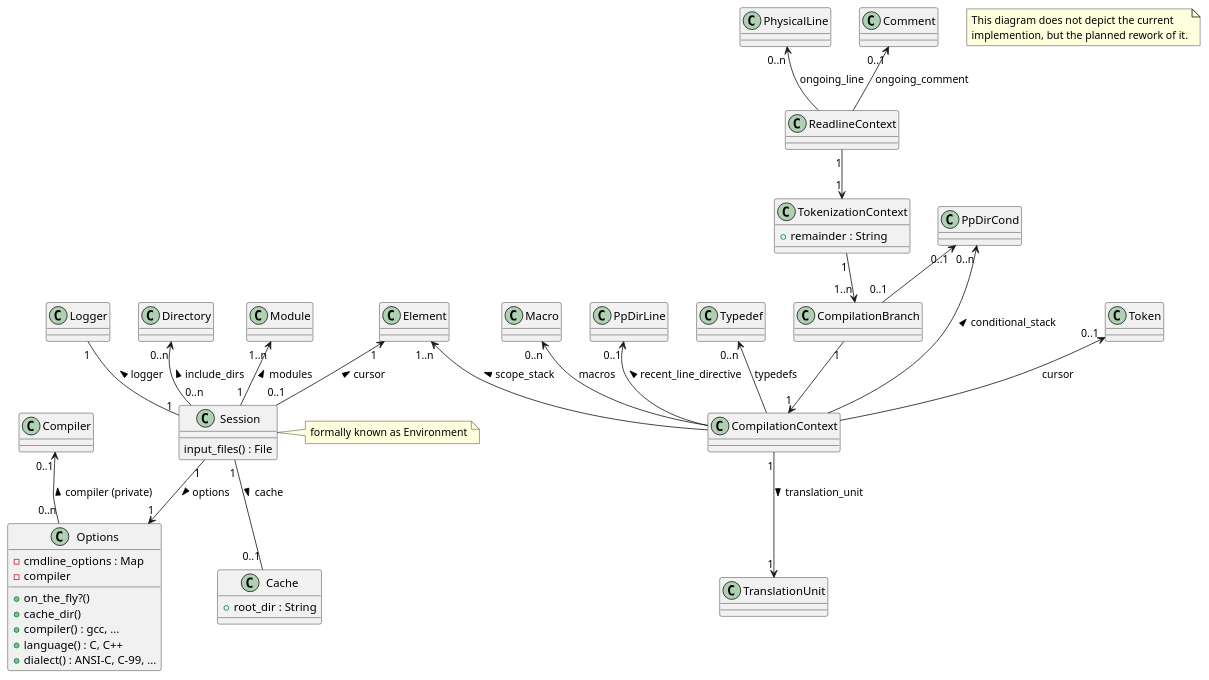
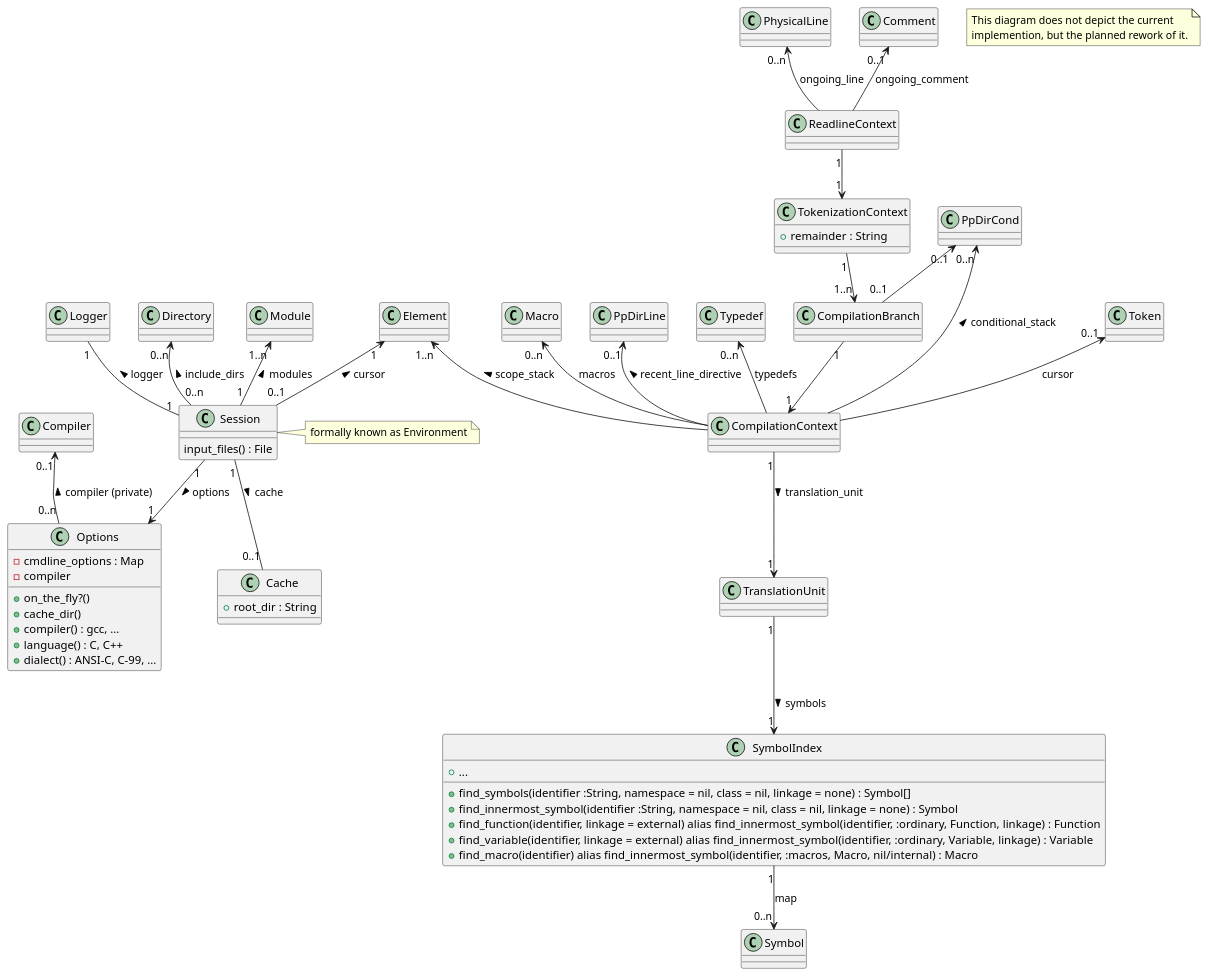
Before and after one commit to thilo-fischer/rocc: the diagram in design/operational.puml, drawn with PlantUML. The commit also changed 5 other files, not shown here.

```diff
--- a/design/operational.puml
+++ b/design/operational.puml
@@ -1,84 +1,94 @@
 @startuml
 
 ' Copyright (C) 2014-2015  Thilo Fischer.
 ' Free for non-commercial and most commercial use. See LICENSE.txt for details.
 
 note as N1
   This diagram does not depict the current
   implemention, but the planned rework of it.
 end note
 
 class Session {
   ' All the main_files of the translation units that make up the modules
   input_files() : File
 }
 note right: formally known as Environment
 Logger "1" -- "1" Session : logger <
 ' From the Elements UML diagram
 Element "1" <-- "0..1" Session : cursor <
 Directory "0..n" <-- "0..n" Session : include_dirs <
 Module "1..n" <-- "1" Session : modules <
 
 class Options {
   + on_the_fly?()
   ' path to the cache directory, Session will create its cache from this
   + cache_dir()
   ' emulate a certain compilers command line argument processing (and possibly other behaviour)
   + compiler() : gcc, ...
   + language() : C, C++
   + dialect() : ANSI-C, C-99, ...
   - cmdline_options : Map
   - compiler
 }
 Session "1" --> "1" Options : options >
 Compiler "0..1" <-- "0..n" Options : compiler (private) <
 
 class Cache {
   + root_dir : String
 }
 ' No cache only for on-the-fly invokations
 Session "1" -- "0..1" Cache : cache >
 
 
 class ReadlineContext {
 
 }
 PhysicalLine "0..n" <-- ReadlineContext : ongoing_line
 ' Refers to a comment if the comment's beginning has already been parsed, but the comment's ending has not yet been found (e.g. block comments that span several lines)
 Comment "0..1" <-- ReadlineContext : ongoing_comment
 
 ' FIXME necessary ?!
 class TokenizationContext {
 ' remaining charactres of current line to tokenize
 + remainder : String
 }
 
 ReadlineContext "1" --> "1" TokenizationContext
 class CompilationBranch {
 
 }
 TokenizationContext "1" --> "1..n" CompilationBranch
 PpDirCond "0..1" <-- "0..1" CompilationBranch
 class CompilationContext {
 
 }
 CompilationBranch "1" --> "1" CompilationContext
 
 ' most recently generated token, shold be 0 only at the very beginning of translation unit
 Token "0..1" <-- CompilationContext : cursor
 
 ' map from macro identifiers to their definitions
 Macro "0..n" <-- CompilationContext : macros
 ' array of all preprocessing conditional branches chosen
 PpDirCond "0..n" <-- CompilationContext : conditional_stack <
 ' most recent preprocessor line directive
 PpDirLine "0..1" <-- CompilationContext : recent_line_directive <
 
 CompilationContext "1" --> "1" TranslationUnit : translation_unit >
 ' Which namespace, class, function, compound statement, etc. are we in at the current position in source code (formally known as expansion_stack)
 Element "1..n" <-- CompilationContext : scope_stack <
 ' map from type identifiers to their definitions
 Typedef "0..n" <-- CompilationContext : typedefs
 
+class SymbolIndex {
++ find_symbols(identifier :String, namespace = nil, class = nil, linkage = none) : Symbol[]
++ find_innermost_symbol(identifier :String, namespace = nil, class = nil, linkage = none) : Symbol
++ find_function(identifier, linkage = external) alias find_innermost_symbol(identifier, :ordinary, Function, linkage) : Function
++ find_variable(identifier, linkage = external) alias find_innermost_symbol(identifier, :ordinary, Variable, linkage) : Variable
++ find_macro(identifier) alias find_innermost_symbol(identifier, :macros, Macro, nil/internal) : Macro
++ ...
+}
+TranslationUnit "1" --> "1" SymbolIndex : symbols >
+SymbolIndex "1" --> "0..n" Symbol : map
 
 @enduml
```
